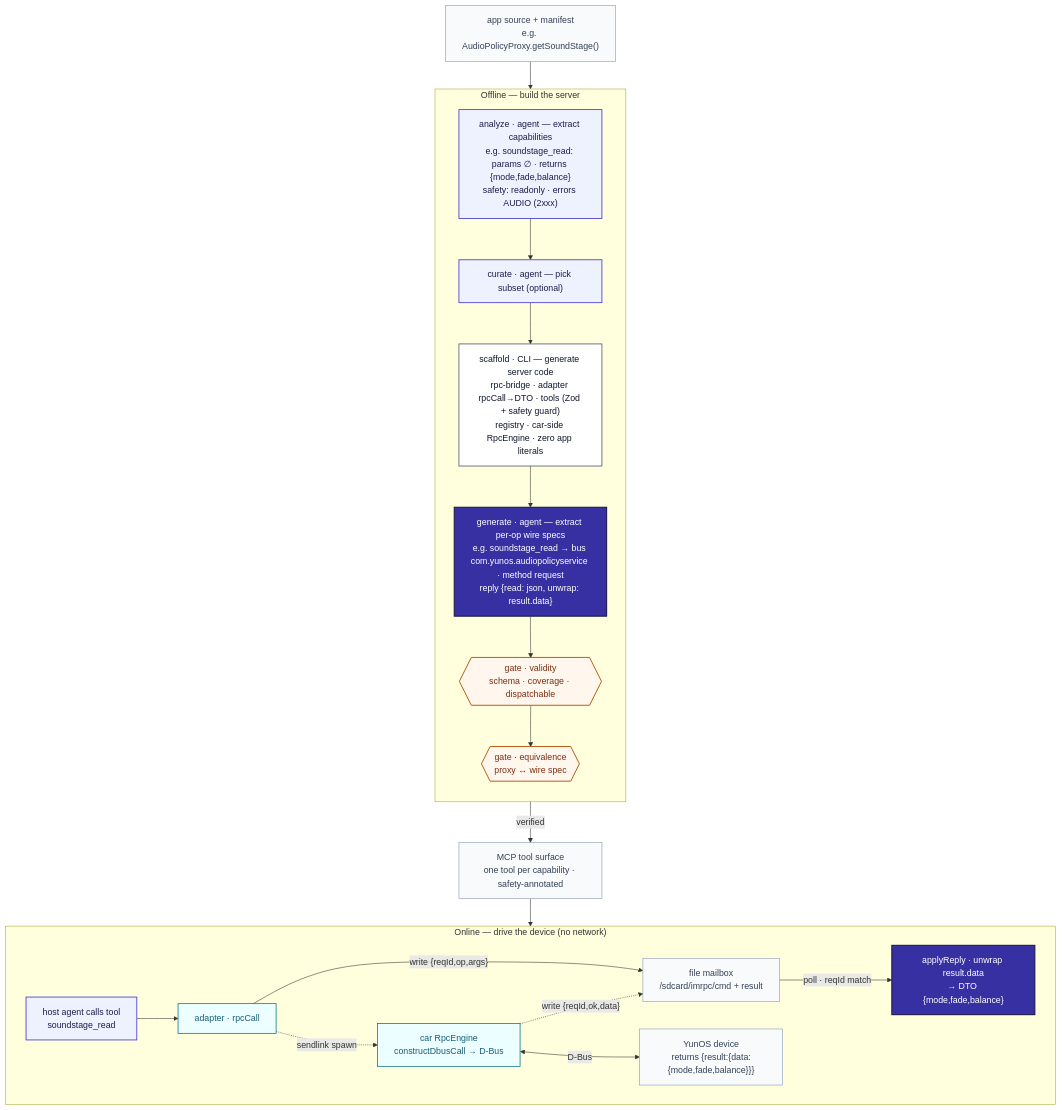
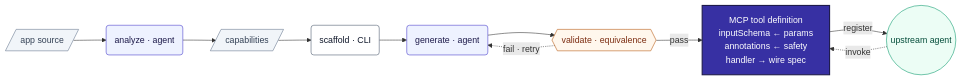
One commit to MatCaviar/BRIDGE changed the first of 2 diagrams in README.md. Above: the diagram before and after it, drawn with Mermaid. The commit also changed other lines of this file, not shown here.

Commit message:
docs(readme): refocus how-it-works on MCP tool-definition generation — landscape pipeline + generation sequence; drop real-device round-trip figure

````diff
--- a/README.md
+++ b/README.md
@@ -31,43 +31,24 @@
 ```mermaid
-flowchart TD
-    classDef agent fill:#eef2ff,stroke:#4338ca,stroke-width:1.5px,color:#1e1b4b
-    classDef det fill:#ffffff,stroke:#475569,stroke-width:1.4px,color:#0f172a
-    classDef gate fill:#fff7ed,stroke:#b45309,stroke-width:1.7px,color:#7c2d12
-    classDef rt fill:#ecfeff,stroke:#0e7490,stroke-width:1.4px,color:#155e75
-    classDef art fill:#f8fafc,stroke:#94a3b8,stroke-width:1.2px,color:#334155
-    classDef key fill:#3730a3,stroke:#1e1b4b,stroke-width:2px,color:#ffffff
+flowchart LR
+    classDef src fill:#f1f5f9,stroke:#64748b,color:#334155
+    classDef agent fill:#eef2ff,stroke:#4338ca,color:#1e1b4b
+    classDef det fill:#ffffff,stroke:#475569,color:#0f172a
+    classDef gate fill:#fff7ed,stroke:#b45309,color:#7c2d12
+    classDef schema fill:#3730a3,stroke:#1e1b4b,color:#ffffff,stroke-width:2px
+    classDef user fill:#ecfdf5,stroke:#059669,color:#064e3b
 
-    SRC["app source + manifest<br/>e.g. AudioPolicyProxy.getSoundStage()"]:::art
+    SRC[/app source/]:::src
+    AN("analyze · agent"):::agent
+    CAP[/capabilities/]:::src
+    SC("scaffold · CLI"):::det
+    GN("generate · agent"):::agent
+    GK{{"validate · equivalence"}}:::gate
+    TOOL["MCP tool definition<br/>inputSchema ← params<br/>annotations ← safety<br/>handler → wire spec"]:::schema
+    UP(("upstream agent")):::user
 
-    subgraph OFF ["Offline — build the server"]
-      direction TB
-      EXT["analyze · agent — extract capabilities<br/>e.g. soundstage_read: params ∅ · returns {mode,fade,balance}<br/>safety: readonly · errors AUDIO (2xxx)"]:::agent
-      SEL["curate · agent — pick subset (optional)"]:::agent
-      SYN["scaffold · CLI — generate server code<br/>rpc-bridge · adapter rpcCall→DTO · tools (Zod + safety guard)<br/>registry · car-side RpcEngine · zero app literals"]:::det
-      BIND["generate · agent — extract per-op wire specs<br/>e.g. soundstage_read → bus com.yunos.audiopolicyservice · method request<br/>reply {read: json, unwrap: result.data}"]:::key
-      G1{{"gate · validity<br/>schema · coverage · dispatchable"}}:::gate
-      G2{{"gate · equivalence<br/>proxy ↔ wire spec"}}:::gate
-      EXT --> SEL --> SYN --> BIND --> G1 --> G2
-    end
-
-    SRC --> EXT
-    G2 -->|"verified"| TS["MCP tool surface<br/>one tool per capability · safety-annotated"]:::art
-
-    subgraph ON ["Online — drive the device (no network)"]
-      direction LR
-      CALL["host agent calls tool<br/>soundstage_read"]:::agent
-      ADP["adapter · rpcCall"]:::rt
-      MAIL["file mailbox<br/>/sdcard/imrpc/cmd + result"]:::art
-      ENG["car RpcEngine<br/>constructDbusCall → D-Bus"]:::rt
-      DEV["YunOS device<br/>returns {result:{data:{mode,fade,balance}}}"]:::art
-      NORM["applyReply · unwrap result.data<br/>→ DTO {mode,fade,balance}"]:::key
-      CALL --> ADP
-      ADP -->|"write {reqId,op,args}"| MAIL
-      ADP -.->|"sendlink spawn"| ENG
-      ENG <-->|"D-Bus"| DEV
-      ENG -.->|"write {reqId,ok,data}"| MAIL
-      MAIL -->|"poll · reqId match"| NORM
-    end
-
-    TS --> CALL
+    SRC --> AN --> CAP --> SC --> GN --> GK
+    GK -.->|"fail · retry"| GN
+    GK -->|"pass"| TOOL
+    TOOL -->|"register"| UP
+    UP -.->|"invoke"| TOOL
 ```
````
